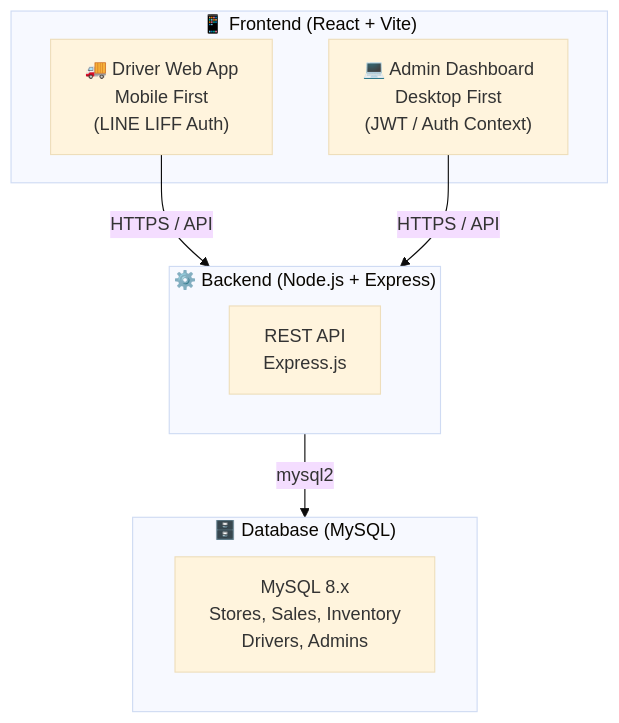
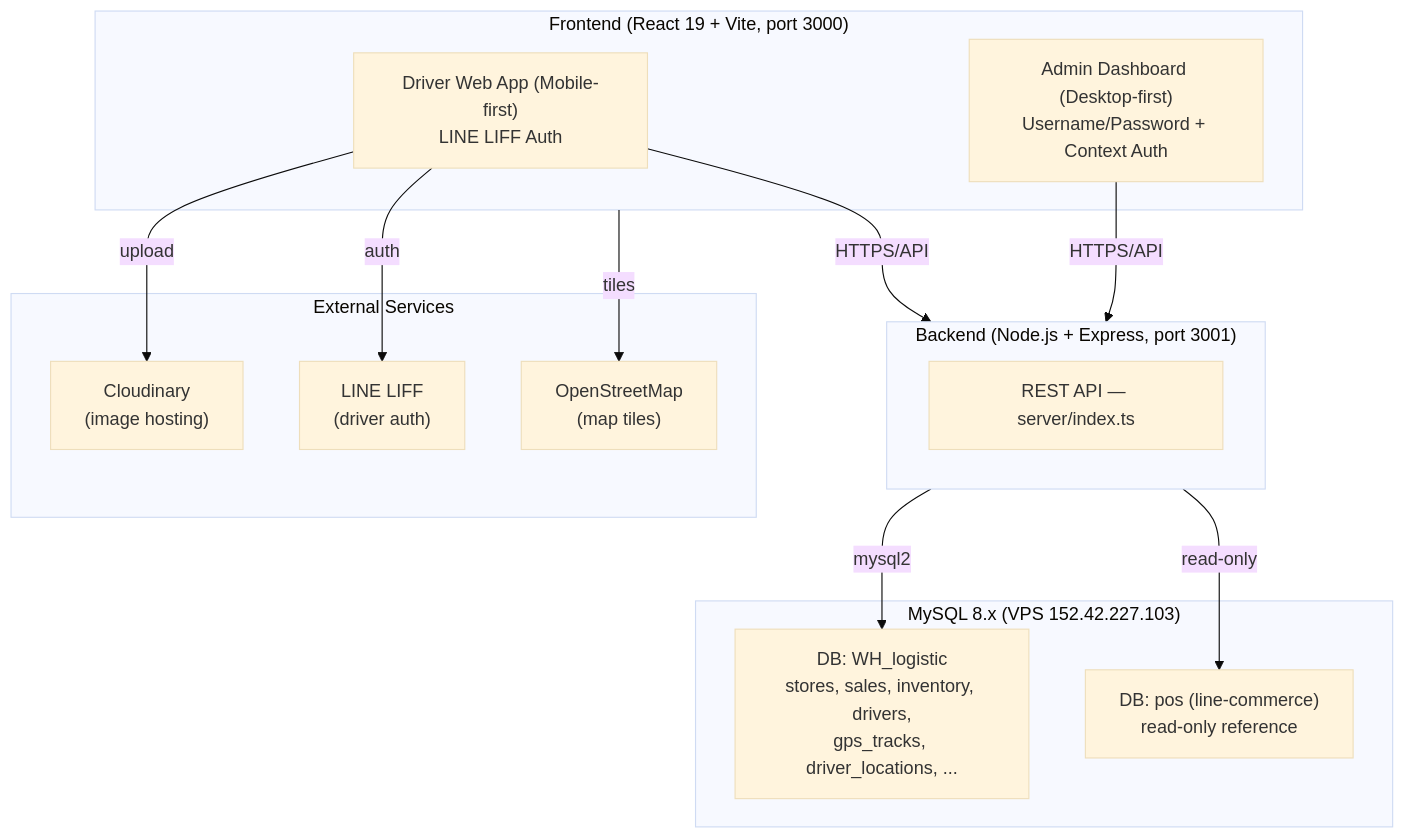
The diagram in Docs/Project_Overview.md (Chiraphong20/Cashvan), drawn with Mermaid (base theme) before and after one commit. The commit also changed other lines of this file and 21 other files, not shown here.

First line of the commit message:
docs: refresh project documentation; fix: handle GPS permission errors on driver check-in map

````diff
--- a/Docs/Project_Overview.md
+++ b/Docs/Project_Overview.md
@@ -33,19 +39,30 @@
 ```mermaid
 flowchart TD
-    subgraph FE["📱 Frontend (React + Vite)"]
-        DRIVER["🚚 Driver Web App\nMobile First\n(LINE LIFF Auth)"]
-        ADMIN["💻 Admin Dashboard\nDesktop First\n(JWT / Auth Context)"]
+    subgraph FE["Frontend (React 19 + Vite, port 3000)"]
+        DRIVER["Driver Web App (Mobile-first)\nLINE LIFF Auth"]
+        ADMIN["Admin Dashboard (Desktop-first)\nUsername/Password + Context Auth"]
     end
 
-    subgraph BE["⚙️ Backend (Node.js + Express)"]
-        API["REST API\nExpress.js"]
+    subgraph BE["Backend (Node.js + Express, port 3001)"]
+        API["REST API — server/index.ts"]
     end
 
-    subgraph DB["🗄️ Database (MySQL)"]
-        MYSQL["MySQL 8.x\nStores, Sales, Inventory\nDrivers, Admins"]
+    subgraph DB["MySQL 8.x (VPS 152.42.227.103)"]
+        WH["DB: WH_logistic\nstores, sales, inventory, drivers,\ngps_tracks, driver_locations, ..."]
+        POS["DB: pos (line-commerce)\nread-only reference"]
     end
 
-    DRIVER -- "HTTPS / API" --> BE
-    ADMIN -- "HTTPS / API" --> BE
-    BE -- "mysql2" --> DB
+    subgraph EXT["External Services"]
+        CLD["Cloudinary\n(image hosting)"]
+        LINE["LINE LIFF\n(driver auth)"]
+        OSM["OpenStreetMap\n(map tiles)"]
+    end
+
+    DRIVER -- HTTPS/API --> BE
+    ADMIN -- HTTPS/API --> BE
+    DRIVER -- upload --> CLD
+    DRIVER -- auth --> LINE
+    FE -- tiles --> OSM
+    BE -- mysql2 --> WH
+    BE -- "read-only" --> POS
 ```
````
